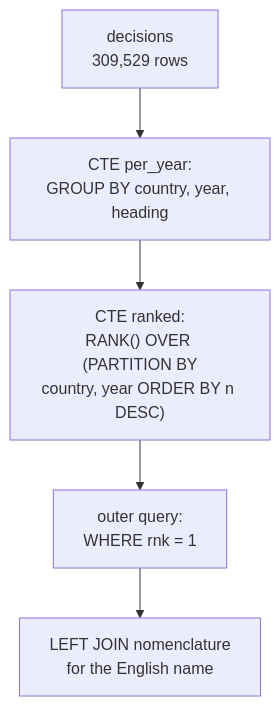
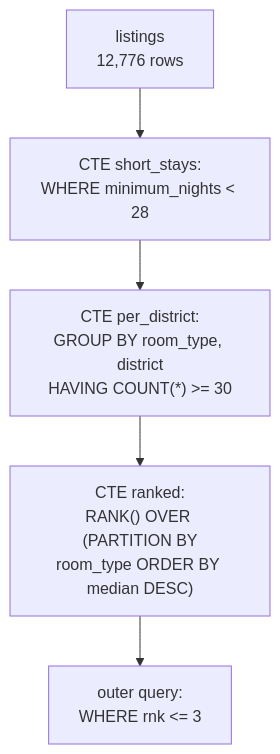
One commit to khoadaniel/statistical-programming-mpmd-htw-ws-2026 changed the second of 5 diagrams in sessions/03-sql-and-polars/theory/02-sql-from-python-and-ingestion.md. Above: the diagram before and after it, drawn with Mermaid. The commit also changed other lines of this file and 160 other files, not shown here.

````diff
--- a/sessions/03-sql-and-polars/theory/02-sql-from-python-and-ingestion.md
+++ b/sessions/03-sql-and-polars/theory/02-sql-from-python-and-ingestion.md
@@ -41,7 +41,7 @@
 ```mermaid
 flowchart TB
-    T["decisions<br/>309,529 rows"] --> G["CTE per_year:<br/>GROUP BY country, year, heading"]
-    G --> W["CTE ranked:<br/>RANK() OVER (PARTITION BY<br/>country, year ORDER BY n DESC)"]
-    W --> F["outer query:<br/>WHERE rnk = 1"]
-    F --> J["LEFT JOIN nomenclature<br/>for the English name"]
+    T["listings<br/>12,776 rows"] --> S["CTE short_stays:<br/>WHERE minimum_nights &lt; 28"]
+    S --> G["CTE per_district:<br/>GROUP BY room_type, district<br/>HAVING COUNT(*) &gt;= 30"]
+    G --> W["CTE ranked:<br/>RANK() OVER (PARTITION BY<br/>room_type ORDER BY median DESC)"]
+    W --> F["outer query:<br/>WHERE rnk &lt;= 3"]
 ```
````
